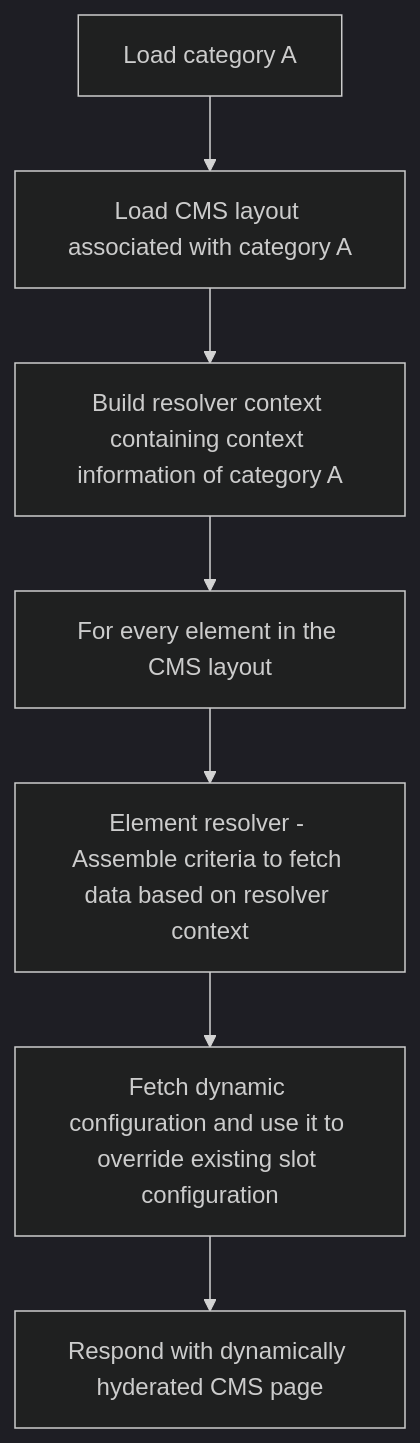
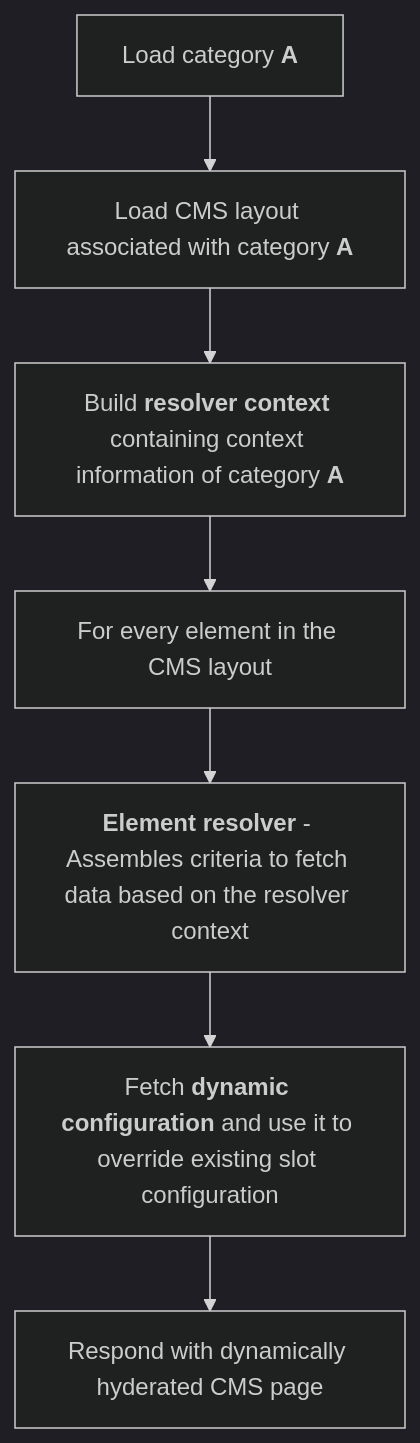
The diagram in concepts/commerce/content/shopping-experiences-cms.md (shopware/docs), drawn with Mermaid (dark theme) before and after one commit. The commit also changed 11 other files, not shown here.

````diff
--- a/concepts/commerce/content/shopping-experiences-cms.md
+++ b/concepts/commerce/content/shopping-experiences-cms.md
@@ -146,9 +146,9 @@
 ```mermaid
 flowchart TD
-    A[Load category A] --> B[Load CMS layout associated with category A]
-    B --> C[Build resolver context containing context information of category A]
-    C --> D[For every element in the CMS layout]
-    D --> E[Element resolver - Assemble criteria to fetch data based on resolver context]
-    E --> F[Fetch dynamic configuration and use it to override existing slot configuration]
-    F --> G[Respond with dynamically hyderated CMS page]
+    A["`Load category **A**`"] --> B["`Load CMS layout associated with category **A**`"]
+    B --> C["`Build **resolver context** containing context information of category **A**`"]
+    C --> D["`For every element in the CMS layout`"]
+    D --> E["`**Element resolver** - Assembles criteria to fetch data based on the resolver context`"]
+    E --> F["`Fetch **dynamic configuration** and use it to override existing slot configuration`"]
+    F --> G["`Respond with dynamically hyderated CMS page`"]
 ```
````
